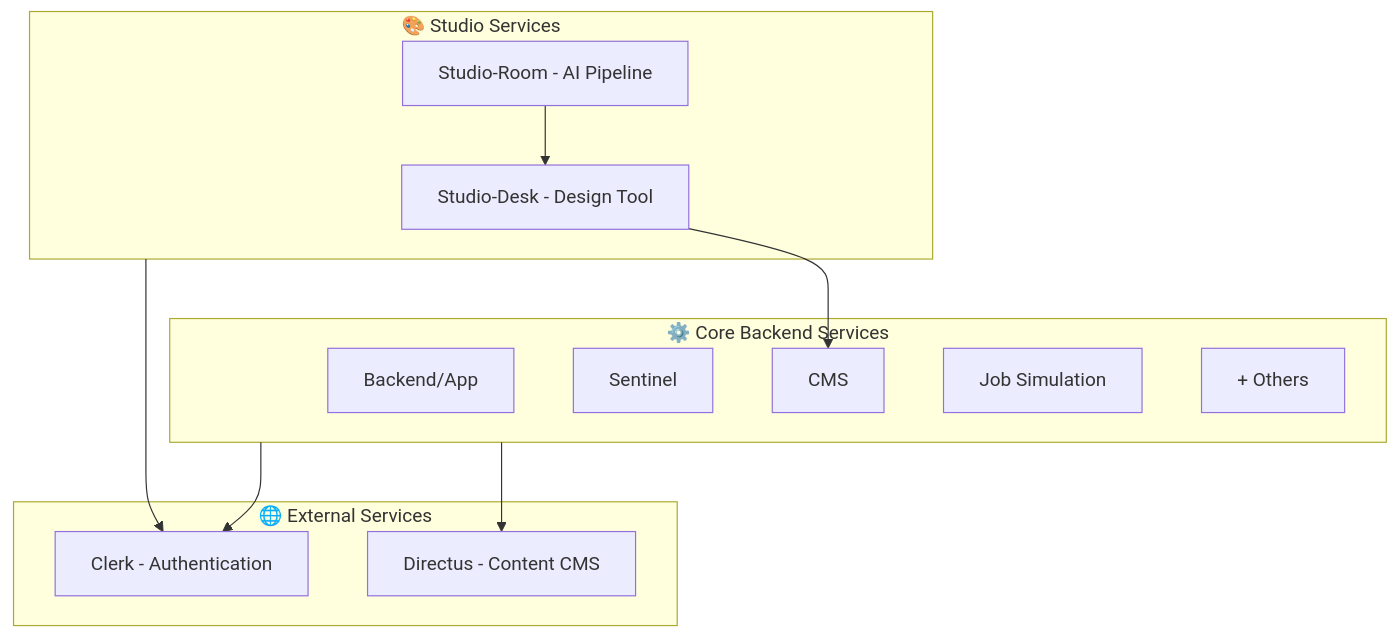
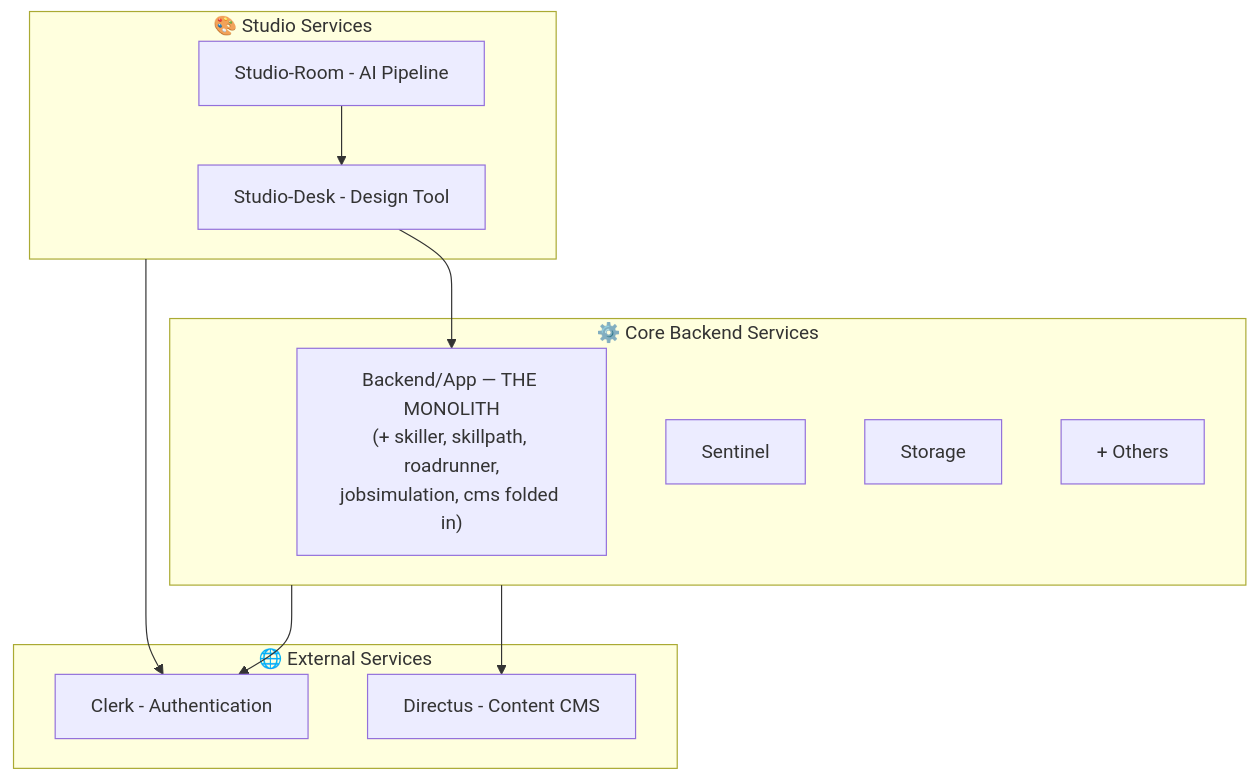
Before and after one commit to anthropos-work/rosetta: the diagram in corpus/architecture/service_taxonomy.md, drawn with Mermaid. The commit also changed other lines of this file and 18 other files, not shown here.

First line of the commit message:
docs: jobsimulation + cms merged into app — the backend is a monolith

````diff
--- a/corpus/architecture/service_taxonomy.md
+++ b/corpus/architecture/service_taxonomy.md
@@ -13,26 +13,25 @@
 ```mermaid
 graph TB
     subgraph External["🌐 External Services"]
         Clerk[Clerk - Authentication]
         Directus[Directus - Content CMS]
     end
     
     subgraph Studio["🎨 Studio Services"]
         Desk[Studio-Desk - Design Tool]
         Room[Studio-Room - AI Pipeline]
     end
     
     subgraph Core["⚙️ Core Backend Services"]
-        Backend[Backend/App]
+        Backend["Backend/App — THE MONOLITH<br/>(+ skiller, skillpath, roadrunner,<br/>jobsimulation, cms folded in)"]
         Sentinel[Sentinel]
-        CMS[CMS]
-        JobSim[Job Simulation]
+        Storage[Storage]
         Others[+ Others]
     end
     
-    Desk --> CMS
+    Desk --> Backend
     Room --> Desk
     Core --> Directus
     Studio --> Clerk
     Core --> Clerk
 ```
````
